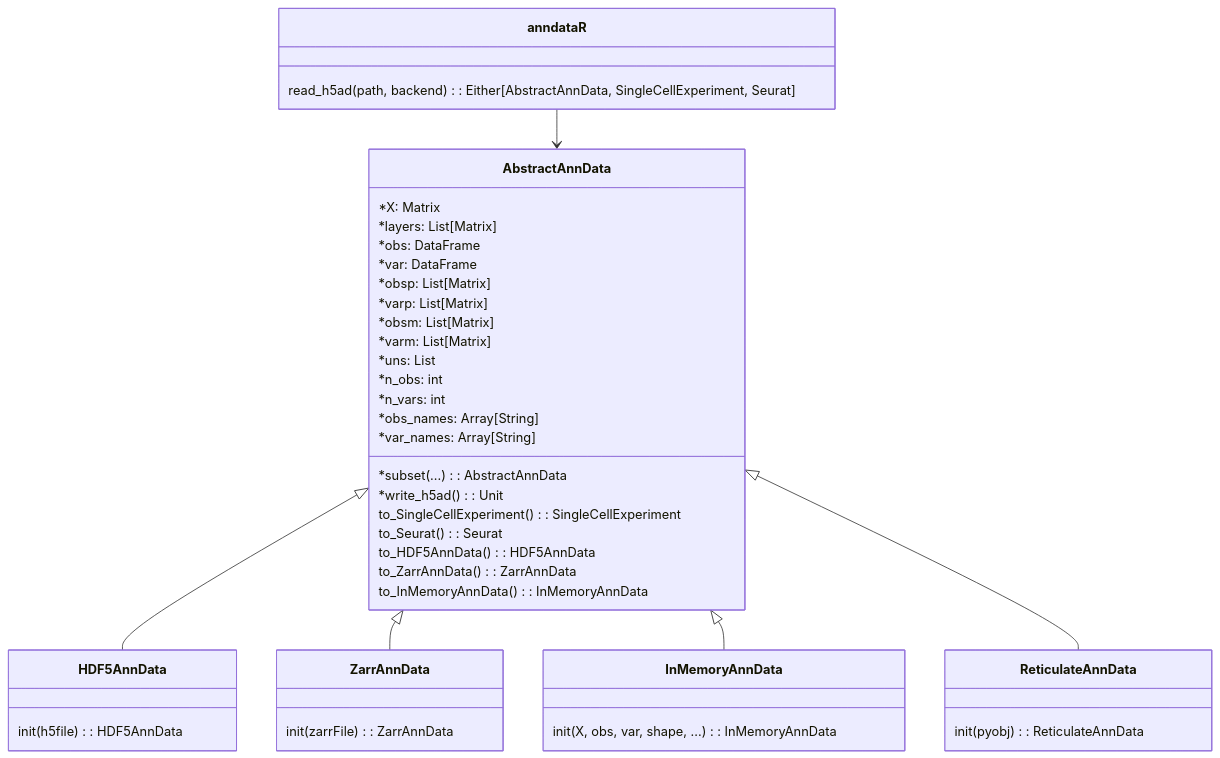
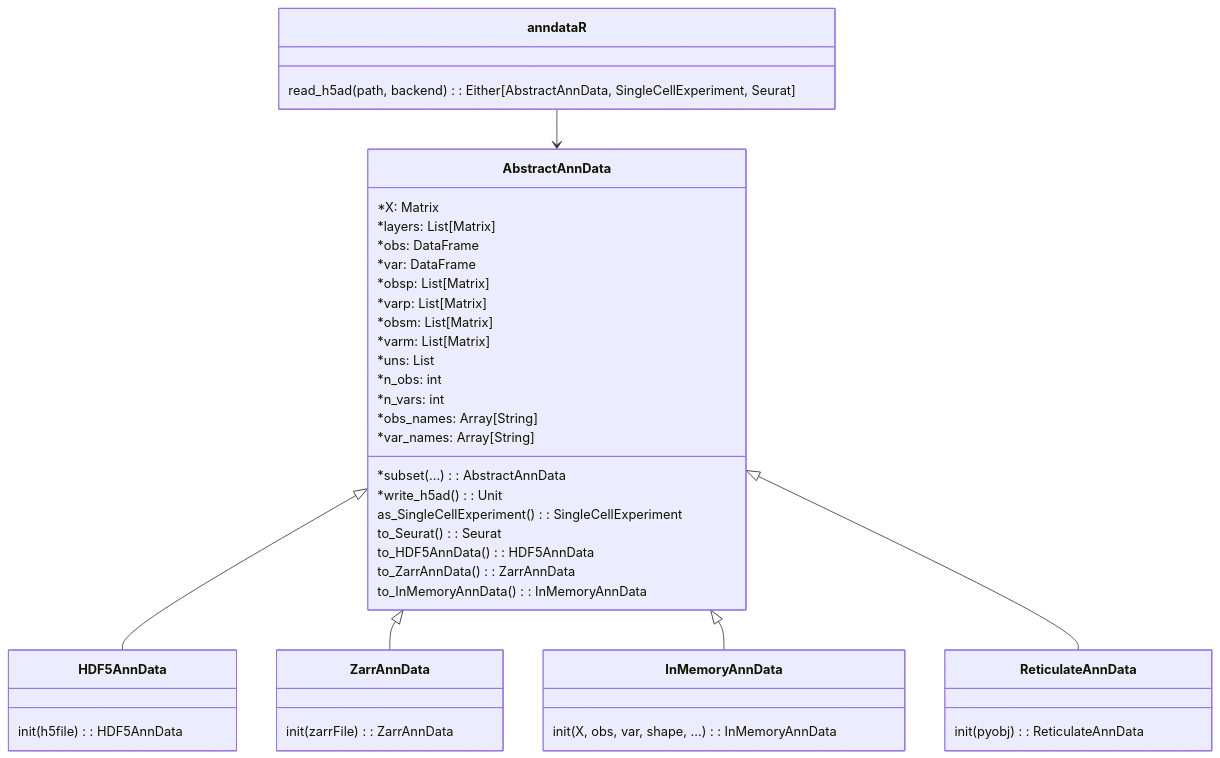
The diagram in vignettes/diagrams/class_diagram.mmd (scverse/anndataR), drawn with Mermaid before and after one commit. The commit also changed 19 other files, not shown here.

```diff
--- a/vignettes/diagrams/class_diagram.mmd
+++ b/vignettes/diagrams/class_diagram.mmd
@@ -1,51 +1,51 @@
 
 classDiagram
   class AbstractAnnData {
     *X: Matrix
     *layers: List[Matrix]
     *obs: DataFrame
     *var: DataFrame
     *obsp: List[Matrix]
     *varp: List[Matrix]
     *obsm: List[Matrix]
     *varm: List[Matrix]
     *uns: List
     *n_obs: int
     *n_vars: int
     *obs_names: Array[String]
     *var_names: Array[String]
     *subset(...): AbstractAnnData
     *write_h5ad(): Unit
 
-    to_SingleCellExperiment(): SingleCellExperiment
+    as_SingleCellExperiment(): SingleCellExperiment
     to_Seurat(): Seurat
 
     to_HDF5AnnData(): HDF5AnnData
     to_ZarrAnnData(): ZarrAnnData
     to_InMemoryAnnData(): InMemoryAnnData
   }
 
   AbstractAnnData <|-- HDF5AnnData
   class HDF5AnnData {
     init(h5file): HDF5AnnData
   }
 
   AbstractAnnData <|-- ZarrAnnData
   class ZarrAnnData {
     init(zarrFile): ZarrAnnData
   }
 
   AbstractAnnData <|-- InMemoryAnnData
   class InMemoryAnnData {
     init(X, obs, var, shape, ...): InMemoryAnnData
   }
 
   AbstractAnnData <|-- ReticulateAnnData
   class ReticulateAnnData {
     init(pyobj): ReticulateAnnData
   }
 
   class anndataR {
     read_h5ad(path, backend): Either[AbstractAnnData, SingleCellExperiment, Seurat]
   }
   anndataR --> AbstractAnnData
```
